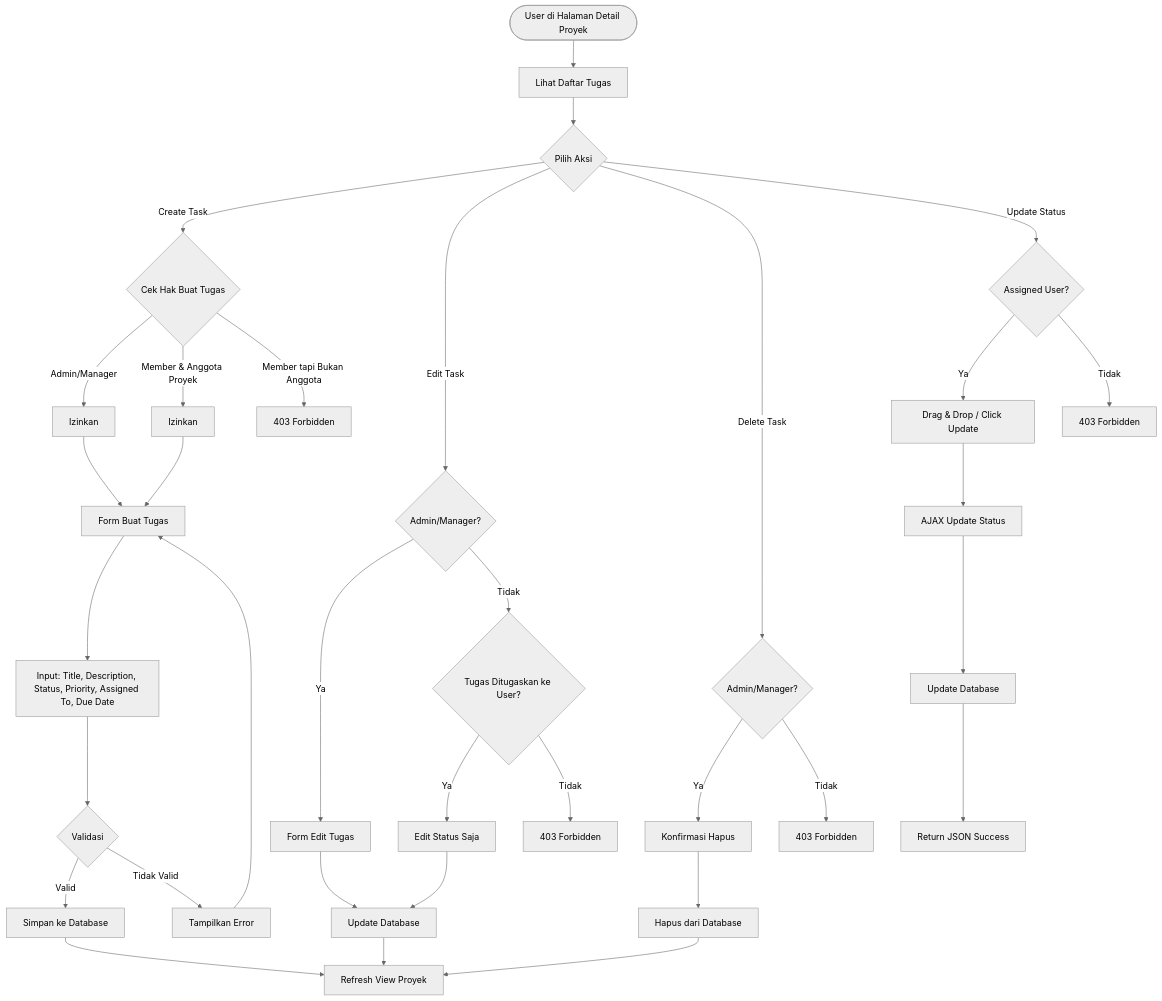
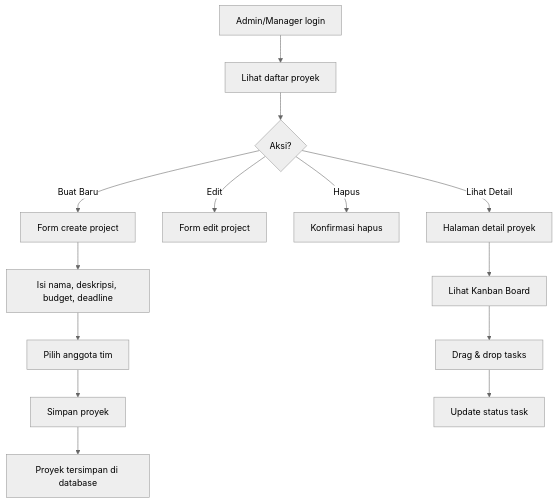
Before and after one commit to ALDY711/dokumentasi-project-manajemend-system: the third of 4 diagrams in README.md, drawn with Mermaid (neutral theme). The commit also changed other lines of this file, not shown here.

````diff
--- a/README.md
+++ b/README.md
@@ -345,47 +393,18 @@
 ```mermaid
 flowchart TD
-    Start([User di Halaman Detail Proyek]) --> ViewTasks[Lihat Daftar Tugas]
-    ViewTasks --> TaskAction{Pilih Aksi}
+    A[Admin/Manager login] --> B[Lihat daftar proyek]
+    B --> C{Aksi?}
+    C -->|Buat Baru| D[Form create project]
+    C -->|Edit| E[Form edit project]
+    C -->|Hapus| F[Konfirmasi hapus]
+    C -->|Lihat Detail| G[Halaman detail proyek]
     
-    TaskAction -->|Create Task| CheckCreate{Cek Hak Buat Tugas}
-    TaskAction -->|Edit Task| CheckEdit{Admin/Manager?}
-    TaskAction -->|Delete Task| CheckDelete{Admin/Manager?}
-    TaskAction -->|Update Status| CheckStatus{Assigned User?}
+    D --> H[Isi nama, deskripsi, budget, deadline]
+    H --> I[Pilih anggota tim]
+    I --> J[Simpan proyek]
+    J --> K[Proyek tersimpan di database]
     
-    CheckCreate -->|Admin/Manager| AllowCreate1[Izinkan]
-    CheckCreate -->|Member & Anggota Proyek| AllowCreate2[Izinkan]
-    CheckCreate -->|Member tapi Bukan Anggota| DenyCreate[403 Forbidden]
-    
-    AllowCreate1 --> CreateTaskForm[Form Buat Tugas]
-    AllowCreate2 --> CreateTaskForm
-    
-    CreateTaskForm --> InputTask[Input: Title, Description, Status, Priority, Assigned To, Due Date]
-    InputTask --> ValidateTask{Validasi}
-    ValidateTask -->|Valid| SaveTask[Simpan ke Database]
-    ValidateTask -->|Tidak Valid| ErrorTask[Tampilkan Error] --> CreateTaskForm
-    
-    SaveTask --> RefreshView[Refresh View Proyek]
-    
-    CheckEdit -->|Ya| EditTaskForm[Form Edit Tugas]
-    CheckEdit -->|Tidak| CheckIfAssigned{Tugas Ditugaskan ke User?}
-    
-    CheckIfAssigned -->|Ya| LimitedEdit[Edit Status Saja]
-    CheckIfAssigned -->|Tidak| DenyEdit[403 Forbidden]
-    
-    EditTaskForm --> UpdateTask[Update Database]
-    LimitedEdit --> UpdateTask
-    UpdateTask --> RefreshView
-    
-    CheckDelete -->|Ya| ConfirmDeleteTask[Konfirmasi Hapus]
-    CheckDelete -->|Tidak| DenyDelete[403 Forbidden]
-    
-    ConfirmDeleteTask --> DeleteTask[Hapus dari Database]
-    DeleteTask --> RefreshView
-    
-    CheckStatus -->|Ya| DragDropStatus[Drag & Drop / Click Update]
-    CheckStatus -->|Tidak| DenyStatus[403 Forbidden]
-    
-    DragDropStatus --> AjaxUpdate[AJAX Update Status]
-    AjaxUpdate --> UpdateDB[Update Database]
-    UpdateDB --> ReturnJSON[Return JSON Success]
+    G --> L[Lihat Kanban Board]
+    L --> M[Drag & drop tasks]
+    M --> N[Update status task]
 ```
````
